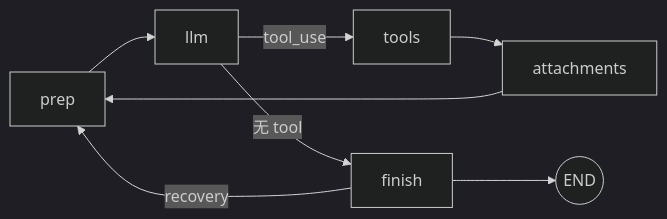
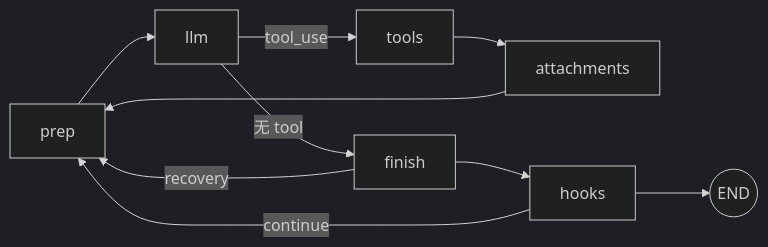
The third of 4 diagrams in .shousui/notes/query-react-three-layers.md (VirusPC/claude-code-best), drawn with Mermaid (dark theme) before and after one commit. The commit also changed other lines of this file, not shown here.

````diff
--- a/.shousui/notes/query-react-three-layers.md
+++ b/.shousui/notes/query-react-three-layers.md
@@ -197,10 +259,12 @@
 ```mermaid
 flowchart LR
   prep --> llm
   llm -->|tool_use| tools
-  llm -->|无 tool| finish["finish"]
+  llm -->|无 tool| finish
   tools --> attach["attachments"]
   attach --> prep
-  finish --> END((END))
+  finish --> hooks
+  hooks --> END((END))
   finish -->|recovery| prep
+  hooks -->|continue| prep
 ```
````
